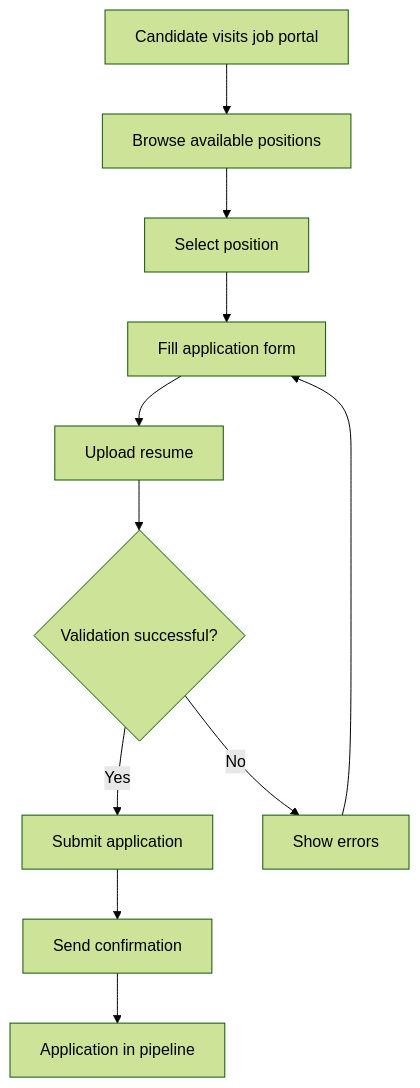
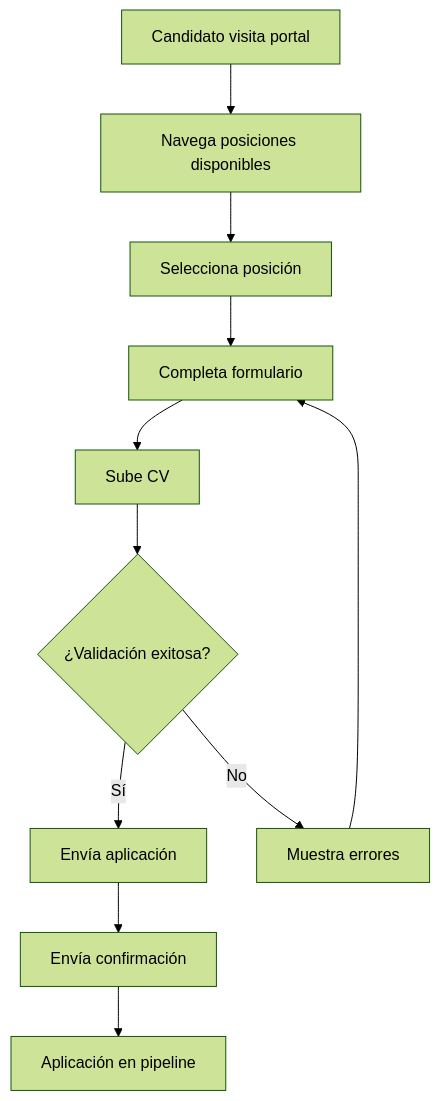
The first of 8 diagrams in LTI-GG/LTI-GG.md (herman-aukera/AI4Devs-design-1-RO-1), drawn with Mermaid (forest theme) before and after one commit. The commit also changed other lines of this file and 1 other file, not shown here.

````diff
--- a/LTI-GG/LTI-GG.md
+++ b/LTI-GG/LTI-GG.md
@@ -146,13 +116,13 @@
 ```mermaid
 graph TD
-    A[Candidate visits job portal] --> B[Browse available positions]
-    B --> C[Select position]
-    C --> D[Fill application form]
-    D --> E[Upload resume]
-    E --> F{Validation successful?}
-    F -->|Yes| G[Submit application]
-    F -->|No| H[Show errors]
+    A[Candidato visita portal] --> B[Navega posiciones disponibles]
+    B --> C[Selecciona posición]
+    C --> D[Completa formulario]
+    D --> E[Sube CV]
+    E --> F{¿Validación exitosa?}
+    F -->|Sí| G[Envía aplicación]
+    F -->|No| H[Muestra errores]
     H --> D
-    G --> I[Send confirmation]
-    I --> J[Application in pipeline]
+    G --> I[Envía confirmación]
+    I --> J[Aplicación en pipeline]
 ```
````
